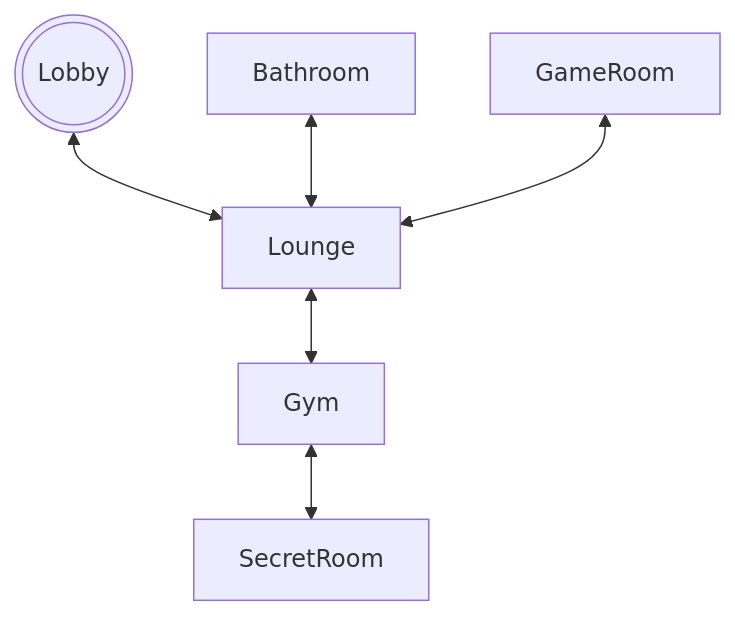
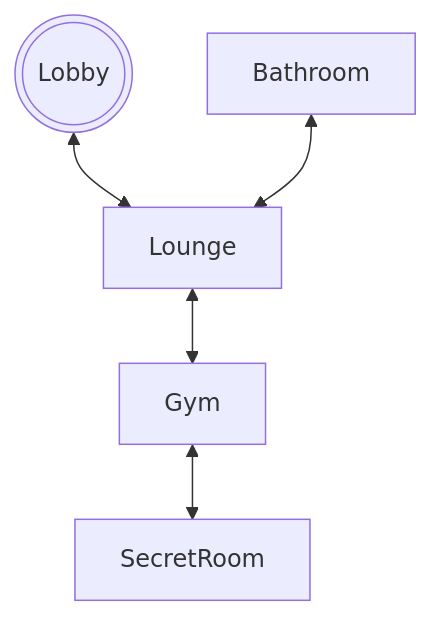
The diagram in projects/game/README.md (5678156/5678156.github.io), drawn with Mermaid before and after one commit. The commit also changed 1 other file, not shown here.

````diff
--- a/projects/game/README.md
+++ b/projects/game/README.md
@@ -11,8 +11,7 @@
 ```mermaid
 graph TD;
     Lobby(((Lobby)))<-->Lounge;
     Bathroom<-->Lounge;
     Lounge<-->Gym;
-    GameRoom<-->Lounge;
     Gym<-->SecretRoom;
 ```
````
